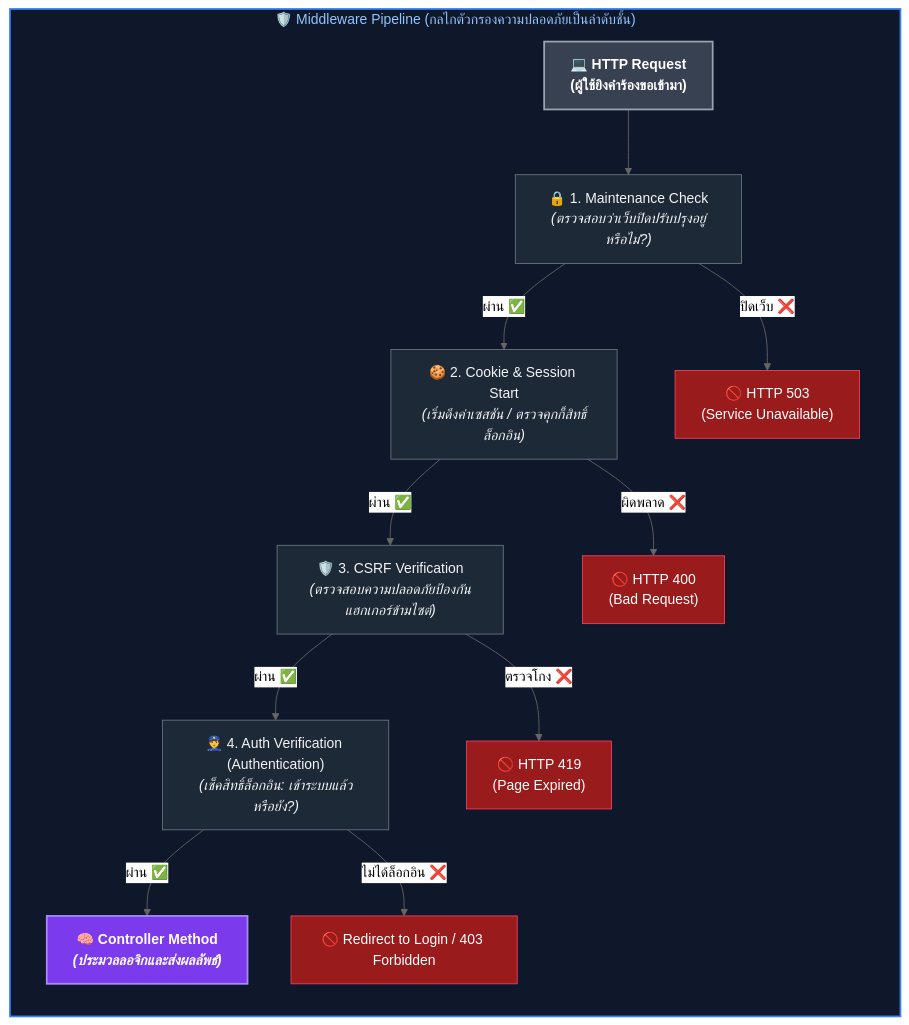
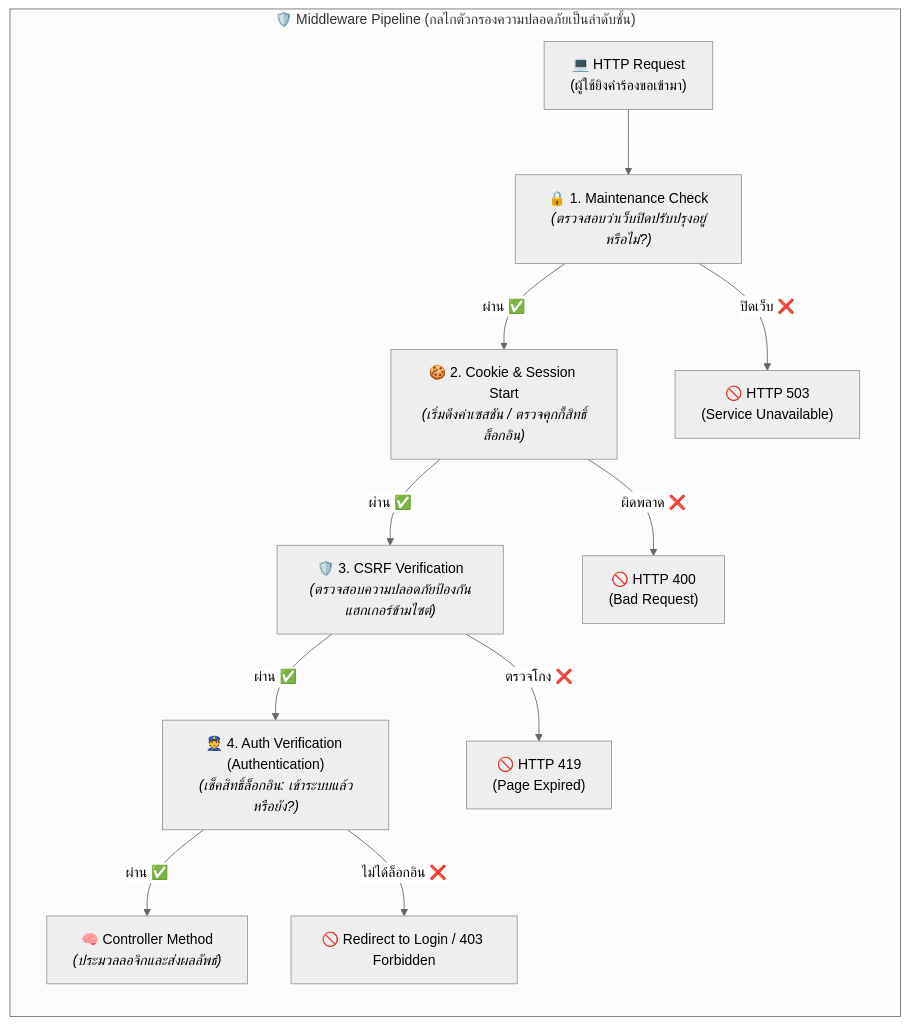
Before and after one commit to Krungsri/laravel-vibecode: the third of 8 diagrams in 01-lesson.md, drawn with Mermaid (neutral theme). The commit also changed other lines of this file and 3 other files, not shown here.

Commit message:
style: remove hardcoded Mermaid styles, fix overflow in requirements chart, and invert Anthropic logo in light mode

````diff
--- a/01-lesson.md
+++ b/01-lesson.md
@@ -468,43 +442,27 @@
 ```mermaid
 flowchart TD
     subgraph pipeline ["🛡️ Middleware Pipeline (กลไกตัวกรองความปลอดภัยเป็นลำดับชั้น)"]
         direction TB
         Req["💻 HTTP Request<br>(ผู้ใช้ยิงคำร้องขอเข้ามา)"]
         
         %% Middleware Layers
         M1["🔒 1. Maintenance Check<br><i>(ตรวจสอบว่าเว็บปิดปรับปรุงอยู่หรือไม่?)</i>"]
         M2["🍪 2. Cookie & Session Start<br><i>(เริ่มดึงค่าเซสชัน / ตรวจคุกกี้สิทธิ์ล็อกอิน)</i>"]
         M3["🛡️ 3. CSRF Verification<br><i>(ตรวจสอบความปลอดภัยป้องกันแฮกเกอร์ข้ามไซต์)</i>"]
         M4["👮 4. Auth Verification (Authentication)<br><i>(เช็คสิทธิ์ล็อกอิน: เข้าระบบแล้วหรือยัง?)</i>"]
         
         %% Pass or Fail
         Req --> M1
         M1 -- "ผ่าน ✅" --> M2
         M1 -- "ปิดเว็บ ❌" --> Err503["🚫 HTTP 503<br>(Service Unavailable)"]
         
         M2 -- "ผ่าน ✅" --> M3
         M2 -- "ผิดพลาด ❌" --> ErrSession["🚫 HTTP 400<br>(Bad Request)"]
         
         M3 -- "ผ่าน ✅" --> M4
         M3 -- "ตรวจโกง ❌" --> ErrCSRF["🚫 HTTP 419<br>(Page Expired)"]
         
         M4 -- "ผ่าน ✅" --> Ctrl["🧠 Controller Method<br><i>(ประมวลลอจิกและส่งผลลัพธ์)</i>"]
         M4 -- "ไม่ได้ล็อกอิน ❌" --> ErrAuth["🚫 Redirect to Login / 403 Forbidden"]
     end
-
-    %% Styles
-    style pipeline fill:#0f172a,stroke:#3b82f6,stroke-width:2px,color:#93c5fd
-    
-    style Req fill:#374151,stroke:#9ca3af,stroke-width:2px,color:#ffffff,font-weight:bold
-    style Ctrl fill:#7c3aed,stroke:#a78bfa,stroke-width:2px,color:#ffffff,font-weight:bold
-    
-    style M1 fill:#1e2937,stroke:#6b7280,stroke-width:1px,color:#f3f4f6
-    style M2 fill:#1e2937,stroke:#6b7280,stroke-width:1px,color:#f3f4f6
-    style M3 fill:#1e2937,stroke:#6b7280,stroke-width:1px,color:#f3f4f6
-    style M4 fill:#1e2937,stroke:#6b7280,stroke-width:1px,color:#f3f4f6
-    
-    style Err503 fill:#991b1b,stroke:#f43f5e,stroke-width:1px,color:#ffffff
-    style ErrSession fill:#991b1b,stroke:#f43f5e,stroke-width:1px,color:#ffffff
-    style ErrCSRF fill:#991b1b,stroke:#f43f5e,stroke-width:1px,color:#ffffff
-    style ErrAuth fill:#991b1b,stroke:#f43f5e,stroke-width:1px,color:#ffffff
 ```
````
